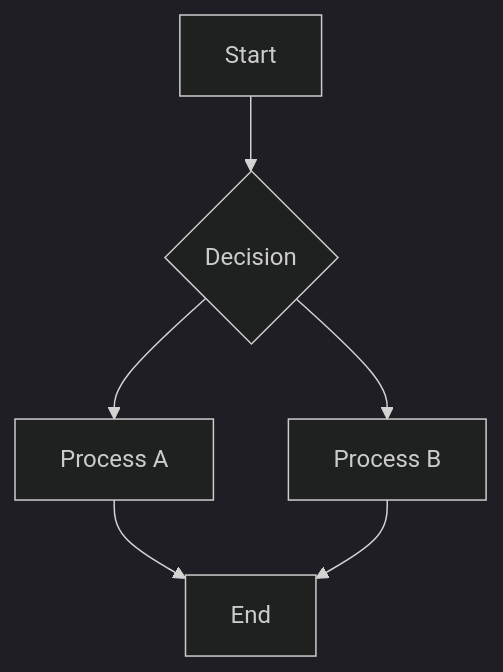
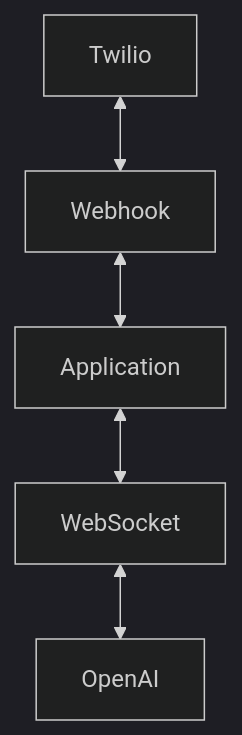
Before and after one commit to carstenjacobsen/ai-outage-assistant: the diagram in README.md, drawn with Mermaid (dark theme).

Commit message:
Update flowchart in README with new components

````diff
--- a/README.md
+++ b/README.md
@@ -5,8 +5,4 @@
 ```mermaid
 flowchart TD
-    A[Start] --> B{Decision};
-    B --> C[Process A];
-    B --> D[Process B];
-    C --> E[End];
-    D --> E;
+    A[Twilio] <--> B[Webhook] <--> C[Application] <--> D[WebSocket] <--> E[OpenAI];
 ```
````
